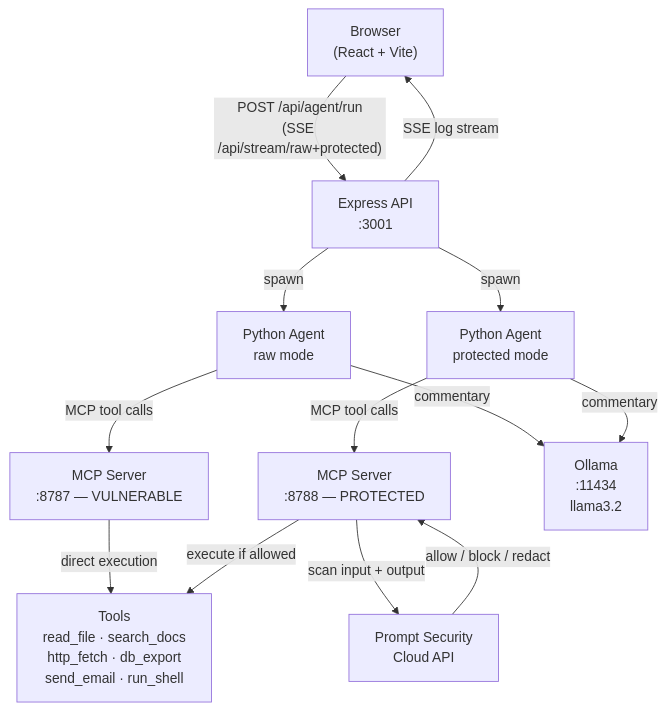
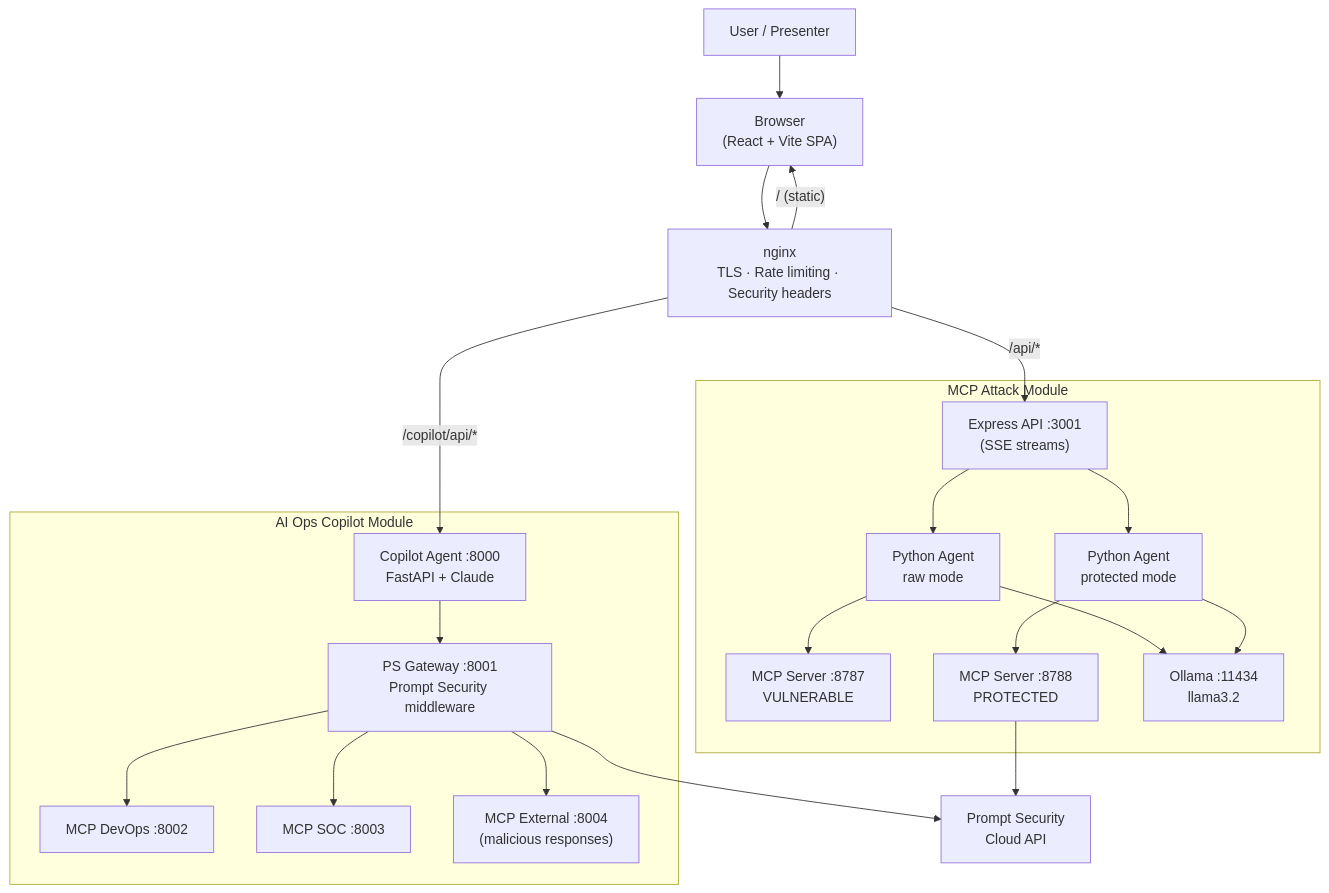
Before and after one commit to luykes/Ai-Sec-Demo: the first of 5 diagrams in README.md, drawn with Mermaid. The commit also changed other lines of this file, not shown here.

````diff
--- a/README.md
+++ b/README.md
@@ -47,25 +75,41 @@
 ```mermaid
 graph TD
-    Browser["Browser\n(React + Vite)"]
-    Backend["Express API\n:3001"]
-    AgentRaw["Python Agent\nraw mode"]
-    AgentSafe["Python Agent\nprotected mode"]
-    MCPRaw["MCP Server\n:8787 — VULNERABLE"]
-    MCPSafe["MCP Server\n:8788 — PROTECTED"]
-    Ollama["Ollama\n:11434\nllama3.2"]
+    User["User / Presenter"]
+    Browser["Browser\n(React + Vite SPA)"]
+    Nginx["nginx\nTLS · Rate limiting · Security headers"]
+
+    subgraph "MCP Attack Module"
+        Backend["Express API :3001\n(SSE streams)"]
+        AgentRaw["Python Agent\nraw mode"]
+        AgentSafe["Python Agent\nprotected mode"]
+        MCPRaw["MCP Server :8787\nVULNERABLE"]
+        MCPSafe["MCP Server :8788\nPROTECTED"]
+        Ollama["Ollama :11434\nllama3.2"]
+    end
+
+    subgraph "AI Ops Copilot Module"
+        CopilotAgent["Copilot Agent :8000\nFastAPI + Claude"]
+        Gateway["PS Gateway :8001\nPrompt Security middleware"]
+        MCPDevOps["MCP DevOps :8002"]
+        MCPSOC["MCP SOC :8003"]
+        MCPExternal["MCP External :8004\n(malicious responses)"]
+    end
+
     PS["Prompt Security\nCloud API"]
-    Tools["Tools\nread_file · search_docs\nhttp_fetch · db_export\nsend_email · run_shell"]
 
-    Browser -->|"POST /api/agent/run\n(SSE /api/stream/raw+protected)"| Backend
-    Backend -->|spawn| AgentRaw
-    Backend -->|spawn| AgentSafe
-    AgentRaw -->|MCP tool calls| MCPRaw
-    AgentSafe -->|MCP tool calls| MCPSafe
-    MCPRaw -->|direct execution| Tools
-    MCPSafe -->|"scan input + output"| PS
-    PS -->|allow / block / redact| MCPSafe
-    MCPSafe -->|execute if allowed| Tools
-    AgentRaw -->|commentary| Ollama
-    AgentSafe -->|commentary| Ollama
-    Backend -->|SSE log stream| Browser
+    User --> Browser
+    Browser --> Nginx
+    Nginx -->|"/api/*"| Backend
+    Nginx -->|"/copilot/api/*"| CopilotAgent
+    Nginx -->|"/ (static)"| Browser
+
+    Backend --> AgentRaw & AgentSafe
+    AgentRaw --> MCPRaw
+    AgentSafe --> MCPSafe
+    MCPSafe --> PS
+    AgentRaw & AgentSafe --> Ollama
+
+    CopilotAgent --> Gateway
+    Gateway --> PS
+    Gateway --> MCPDevOps & MCPSOC & MCPExternal
 ```
````
